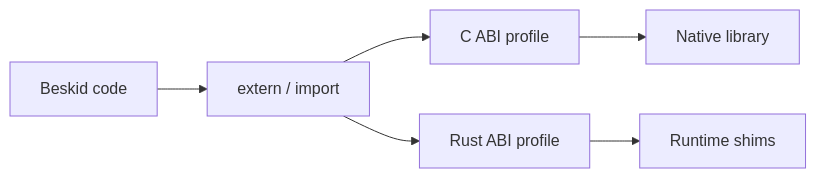
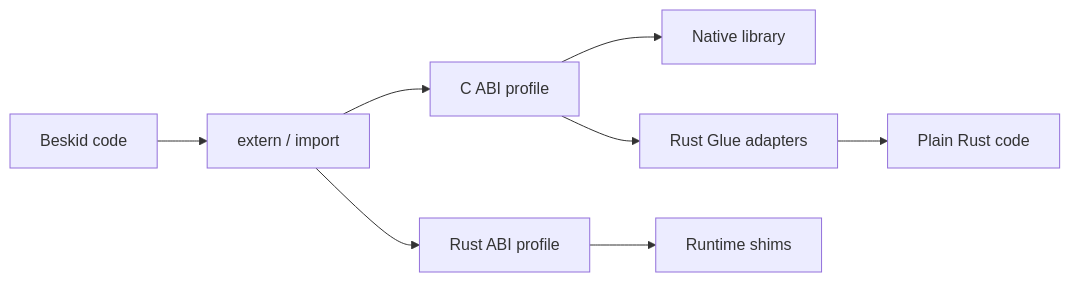
The diagram in site/website/src/content/docs/book/21-ffi-and-forbidden-friendships/index.mdx (Cyber-Nomad-Collective/beskid), drawn with Mermaid before and after one commit. The commit also changed other lines of this file and 527 other files, not shown here.

````diff
--- a/site/website/src/content/docs/book/21-ffi-and-forbidden-friendships/index.mdx
+++ b/site/website/src/content/docs/book/21-ffi-and-forbidden-friendships/index.mdx
@@ -28,10 +29,12 @@
 ```mermaid
 flowchart LR
   accTitle: Foreign interface selection
-  accDescr: Beskid extern declarations select either the user-facing C ABI profile or the runtime-only Rust ABI profile.
+  accDescr: Beskid extern declarations select either the user-facing C ABI profile or the runtime-only Rust ABI profile. Rust Glue generates the C ABI adapters for Rust code.
   bd[Beskid code] --> extern[extern / import]
   extern --> cabi[C ABI profile]
   extern --> rabi[Rust ABI profile]
   cabi --> native[Native library]
+  cabi --> glue[Rust Glue adapters]
+  glue --> rust[Plain Rust code]
   rabi --> shims[Runtime shims]
 ```
````
